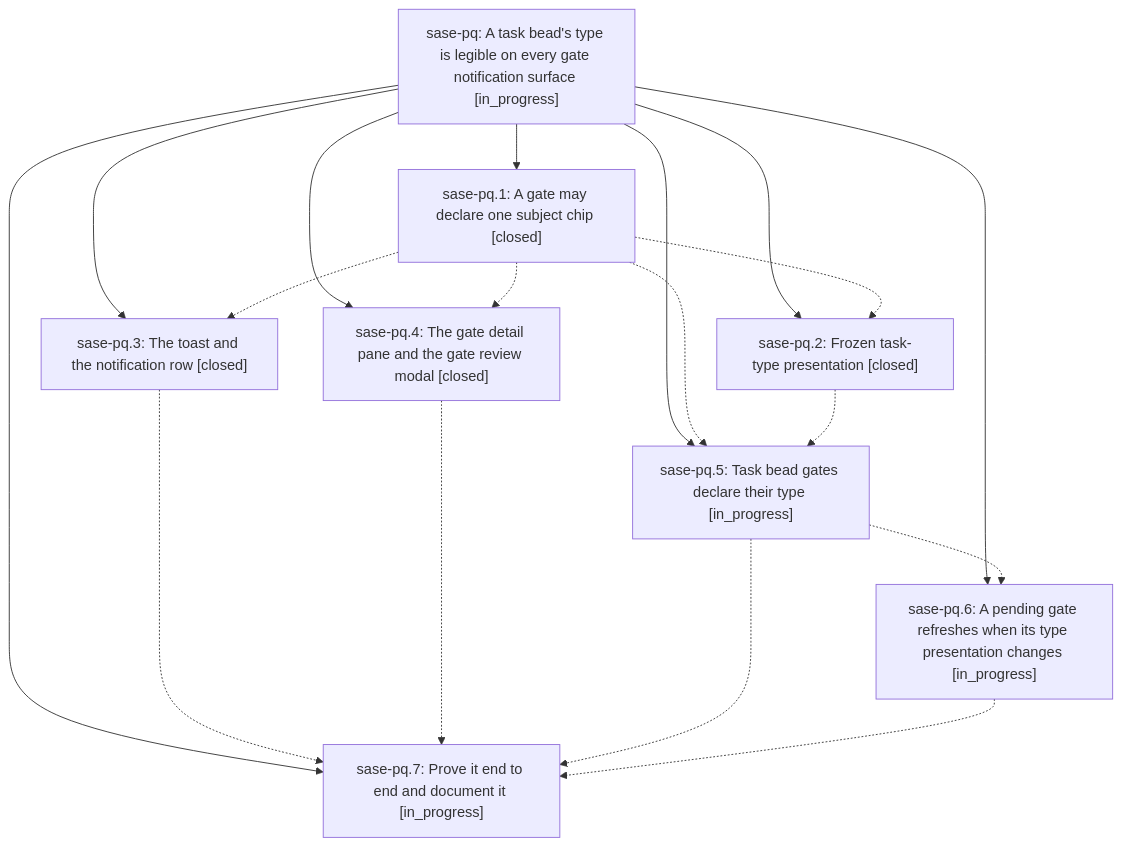
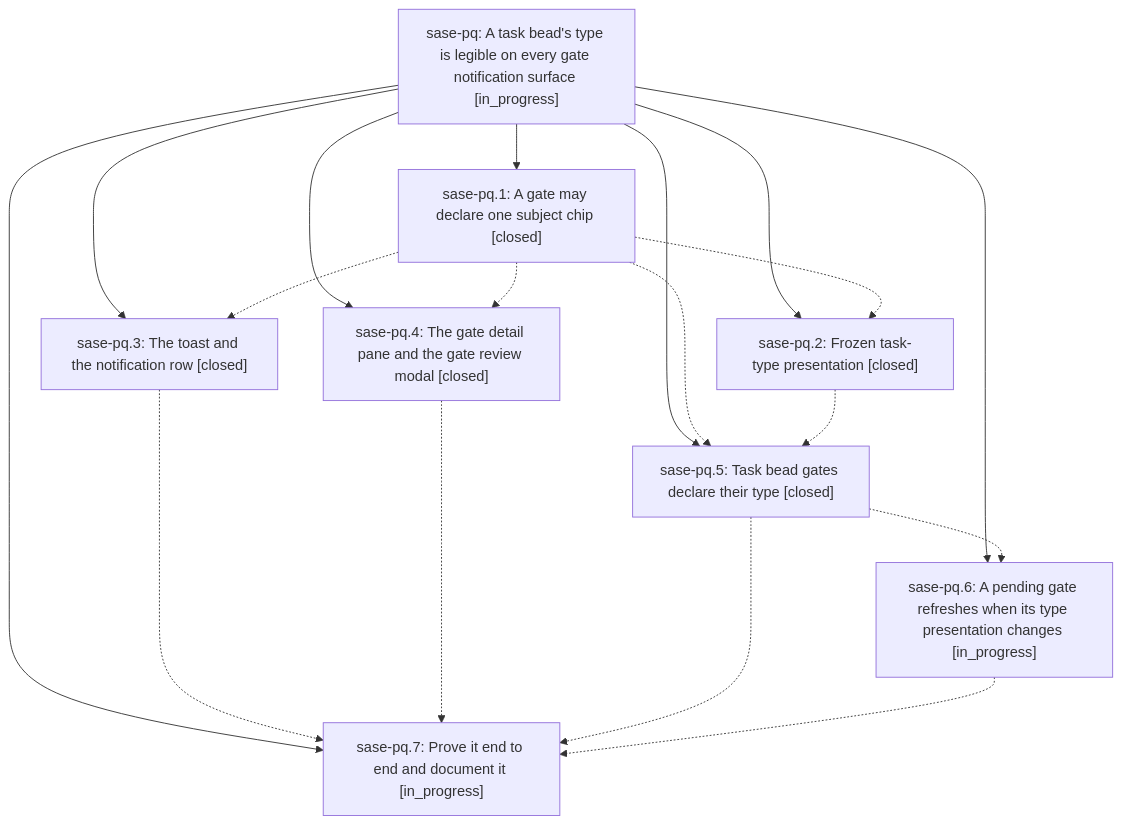
The diagram in pages/sase-pq/README.md (sase-org/sase--beads), drawn with Mermaid before and after one commit. The commit also changed other lines of this file and 5 other files, not shown here.

First line of the commit message:
chore(beads): sync bead state and pages for sase-pq

````diff
--- a/pages/sase-pq/README.md
+++ b/pages/sase-pq/README.md
@@ -49,28 +49,28 @@
 ```mermaid
 flowchart TD
     n0["sase-pq: A task bead's type is legible on every gate notification surface [in_progress]"]
     n1["sase-pq.1: A gate may declare one subject chip [closed]"]
     n2["sase-pq.2: Frozen task-type presentation [closed]"]
     n3["sase-pq.3: The toast and the notification row [closed]"]
     n4["sase-pq.4: The gate detail pane and the gate review modal [closed]"]
-    n5["sase-pq.5: Task bead gates declare their type [in_progress]"]
+    n5["sase-pq.5: Task bead gates declare their type [closed]"]
     n6["sase-pq.6: A pending gate refreshes when its type presentation changes [in_progress]"]
     n7["sase-pq.7: Prove it end to end and document it [in_progress]"]
     n0 --> n1
     n0 --> n2
     n0 --> n3
     n0 --> n4
     n0 --> n5
     n0 --> n6
     n0 --> n7
     n1 -.-> n2
     n1 -.-> n3
     n1 -.-> n4
     n1 -.-> n5
     n2 -.-> n5
     n3 -.-> n7
     n4 -.-> n7
     n5 -.-> n6
     n5 -.-> n7
     n6 -.-> n7
 ```
````
